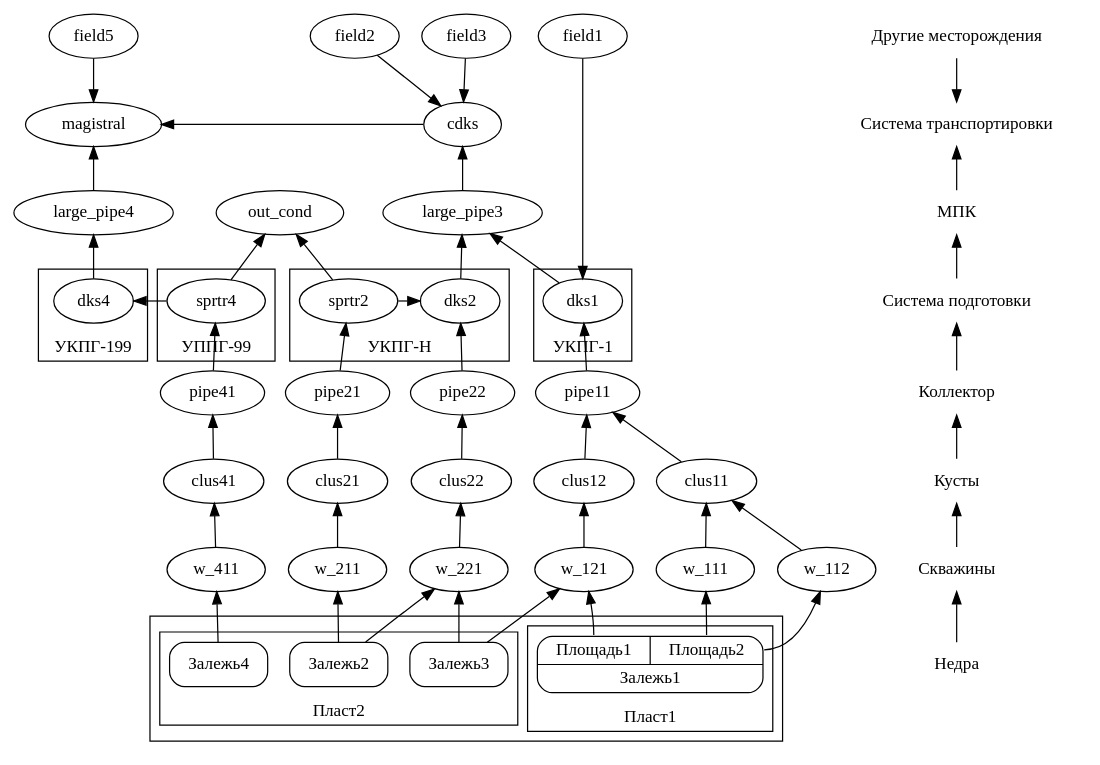
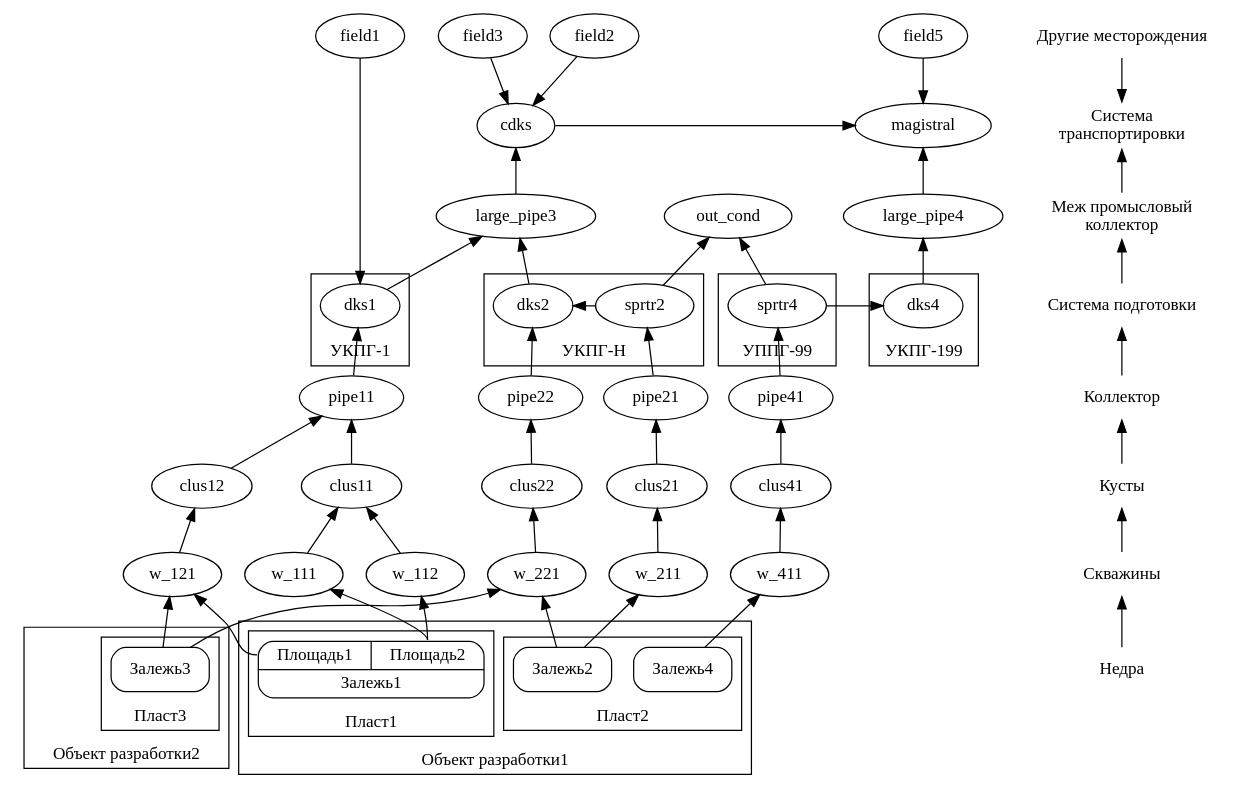
Before and after one commit to engeji/economydb: the diagram in hierarchy/General.dot, drawn with Graphviz. The commit also changed 1 other file, not shown here.

```diff
--- a/hierarchy/General.dot
+++ b/hierarchy/General.dot
@@ -1,102 +1,111 @@
 digraph root{  
     // rankdir=LR
         // layout=neato
     // layout=twopi    
         rankdir=BT
     // node [regular=true]
     // {pipe11 pipe22 pipe21 rank=same}
     // {res_1 res_2 res_3 rank=same}
     // 
     // 
     {field1 field2 field3 field5 ie8 rank=max}    
 
 
     res_4 -> w_411
     res_1:a1 -> w_111
     res_1:a1 -> w_112 
     res_1:a2 -> w_121 
     res_2 -> {w_221 w_211}
     res_3 -> {w_221 w_121}
 
 
 
     {w_111 w_112}-> clus11
     {w_121 }-> clus12
     w_221 -> clus22
     w_211 -> clus21
     w_411 -> clus41
 
     {clus11 clus12} -> pipe11
     clus22 -> pipe22
     clus21 -> pipe21
     clus41 -> pipe41
     
 
     pipe11 -> dks1
     pipe22 -> dks2
     pipe21 -> sprtr2 
     pipe41 -> sprtr4
 
     sprtr2 -> dks2 [constraint=false]
     sprtr4 -> dks4 [constraint=false]
     {sprtr2 sprtr4} -> out_cond
     
     {dks1 dks2} -> large_pipe3
     dks4 -> large_pipe4
     large_pipe4 -> magistral
 
     large_pipe3 -> cdks
     {field2 field3} -> cdks
     field1 -> dks1
     field5 -> magistral
     
     cdks -> magistral [constraint=false]
-    subgraph cluster_deposit {
+    subgraph cluster_deposit1 {
+        label="Объект разработки1"
         subgraph cluster_form1 {
             res_1 
             label="Пласт1"
-        }        
-        subgraph cluster_for2 {
-            res_3 res_2 res_4
+        }   
+        subgraph cluster_form2 {
+            res_2 res_4
             label="Пласт2"
         }
+    }
+    subgraph cluster_deposit2 {
+        label="Объект разработки2"
+        subgraph cluster_form3 {
+            res_3 
+            label="Пласт3"
+        }    
+    
     }
     subgraph cluster_ukpg_1{
         label="УКПГ-1"
         dks1
     }
     subgraph cluster_ukgp2 {
         label="УКПГ-Н"
         sprtr2
         dks2
     }
     subgraph cluster_uppg99 {
         label="УППГ-99"
         sprtr4
     }
     subgraph cluster_ukpg199 {
         label="УКПГ-199"
         dks4
     }
         // {w_111 w_112 w_121 w_211 w_221 w_411 ie2 rank=same}
         // cdks
         // large_pipe3 large_pipe4
         // pipe11 pipe21 pipe22 pipe41
         // clus11 clus12 clus21 clus21 clus22 clus41
     // {out_cond magistral cdks ie7 rank=same}
     res_1 [shape=Mrecord label="{{<a2>Площадь1|<a1>Площадь2}|Залежь1}"]   
     res_2 [shape=Mrecord label="Залежь2"]   
     res_3 [shape=Mrecord label="Залежь3"]   
     res_4 [shape=Mrecord label="Залежь4"]   
 
     ie1 -> ie2 -> ie3 -> ie4 -> ie5 -> ie6 -> ie7 
     ie8 -> ie7    
     ie1 [label="Недра" shape=none]
     ie2 [label="Скважины" shape=none]
     ie3 [label="Кусты" shape=none]
     ie4 [label="Коллектор" shape=none]
     ie5 [label="Система подготовки" shape=none]
-    ie6 [label="МПК" shape=none]
-    ie7 [label="Система транспортировки" shape=none]
+    ie6 [label="Меж промысловый\nколлектор" shape=none]
+    ie7 [label="Система\nтранспортировки" shape=none]
     ie8 [label="Другие месторождения" shape=none]
 }
```
